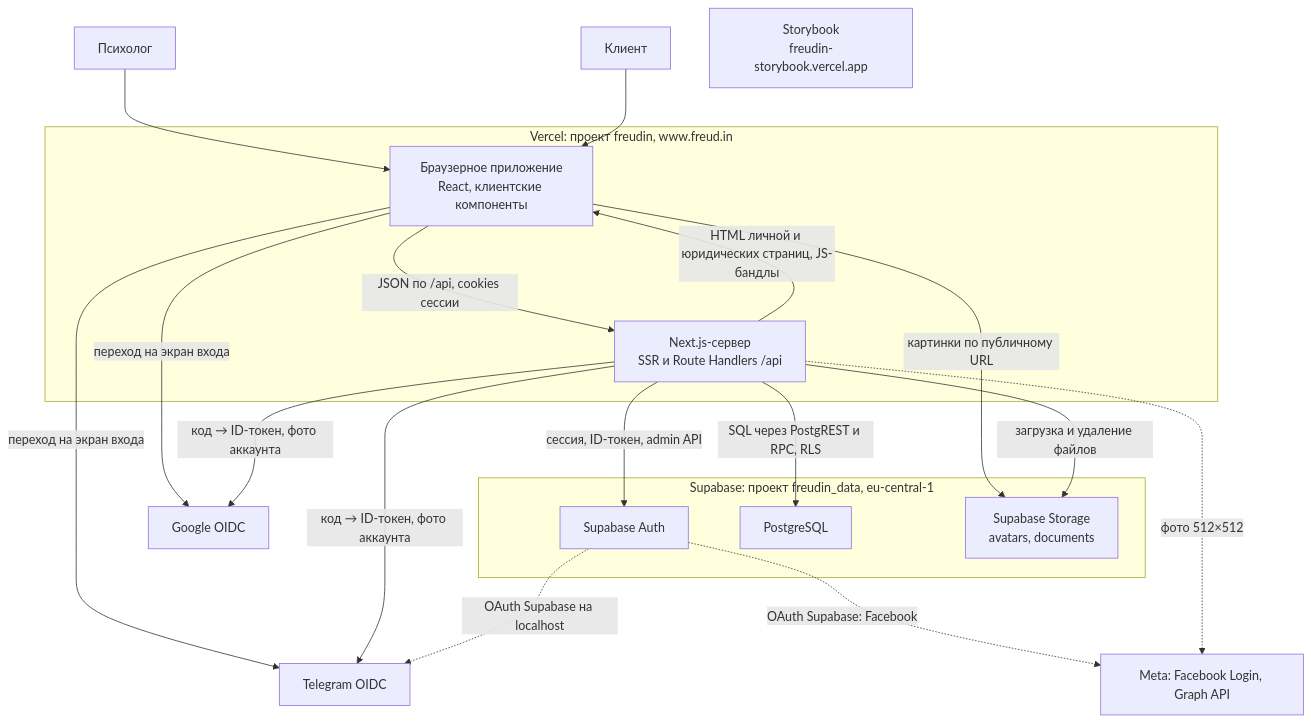
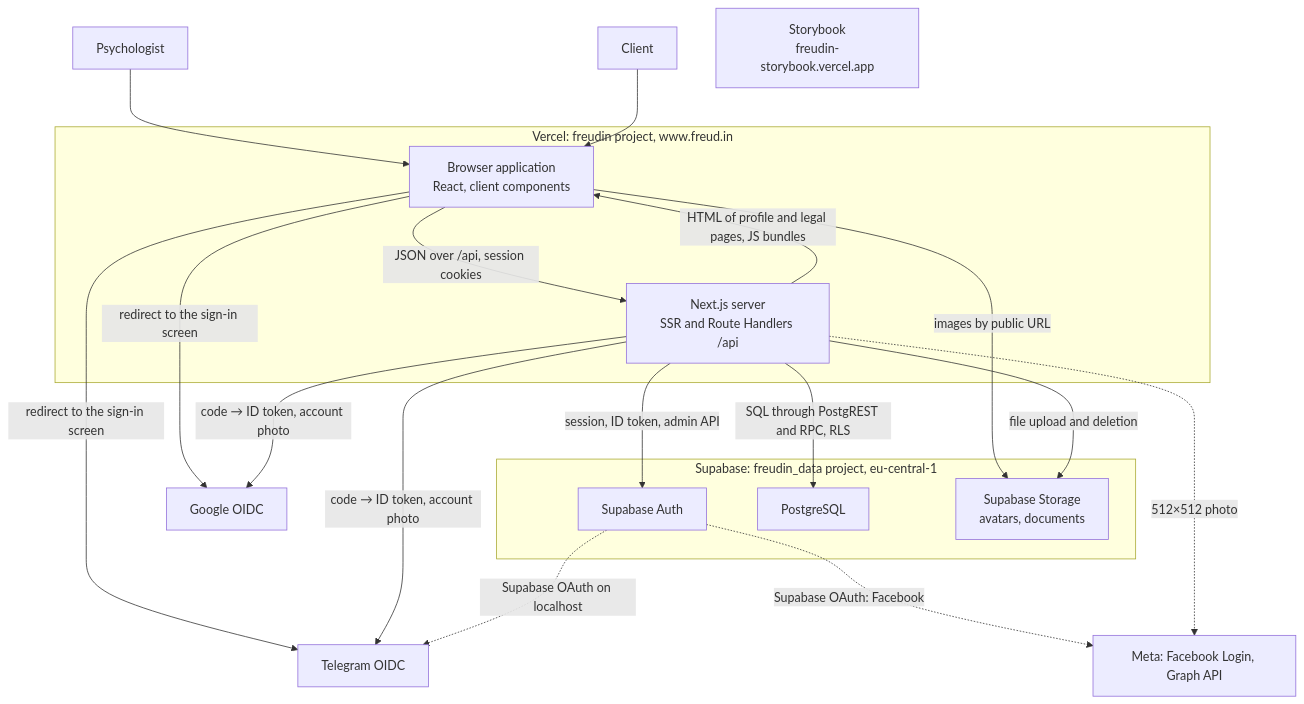
Before and after one commit to verkhoturov/freudin-website: the first of 2 diagrams in docs/architecture/2.containers.md, drawn with Mermaid. The commit also changed other lines of this file and 74 other files, not shown here.

````diff
--- a/docs/architecture/2.containers.md
+++ b/docs/architecture/2.containers.md
@@ -10,37 +10,37 @@
 ```mermaid
 graph TB
-    Psy["Психолог"]
-    Client["Клиент"]
+    Psy["Psychologist"]
+    Client["Client"]
 
-    subgraph Vercel["Vercel: проект freudin, www.freud.in"]
-        Browser["Браузерное приложение<br/>React, клиентские компоненты"]
-        Next["Next.js-сервер<br/>SSR и Route Handlers /api"]
+    subgraph Vercel["Vercel: freudin project, www.freud.in"]
+        Browser["Browser application<br/>React, client components"]
+        Next["Next.js server<br/>SSR and Route Handlers /api"]
     end
 
-    subgraph Supabase["Supabase: проект freudin_data, eu-central-1"]
+    subgraph Supabase["Supabase: freudin_data project, eu-central-1"]
         Auth["Supabase Auth"]
         DB["PostgreSQL"]
         Storage["Supabase Storage<br/>avatars, documents"]
     end
 
     Kit["Storybook<br/>freudin-storybook.vercel.app"]
     Google["Google OIDC"]
     Telegram["Telegram OIDC"]
     Meta["Meta: Facebook Login, Graph API"]
 
     Psy --> Browser
     Client --> Browser
-    Next -->|"HTML личной и юридических страниц, JS-бандлы"| Browser
-    Browser -->|"JSON по /api, cookies сессии"| Next
-    Browser -->|"картинки по публичному URL"| Storage
-    Browser -->|"переход на экран входа"| Google
-    Browser -->|"переход на экран входа"| Telegram
-    Next -->|"сессия, ID-токен, admin API"| Auth
-    Next -->|"SQL через PostgREST и RPC, RLS"| DB
-    Next -->|"загрузка и удаление файлов"| Storage
-    Next -->|"код → ID-токен, фото аккаунта"| Google
-    Next -->|"код → ID-токен, фото аккаунта"| Telegram
-    Auth -.->|"OAuth Supabase: Facebook"| Meta
-    Auth -.->|"OAuth Supabase на localhost"| Telegram
-    Next -.->|"фото 512×512"| Meta
+    Next -->|"HTML of profile and legal pages, JS bundles"| Browser
+    Browser -->|"JSON over /api, session cookies"| Next
+    Browser -->|"images by public URL"| Storage
+    Browser -->|"redirect to the sign-in screen"| Google
+    Browser -->|"redirect to the sign-in screen"| Telegram
+    Next -->|"session, ID token, admin API"| Auth
+    Next -->|"SQL through PostgREST and RPC, RLS"| DB
+    Next -->|"file upload and deletion"| Storage
+    Next -->|"code → ID token, account photo"| Google
+    Next -->|"code → ID token, account photo"| Telegram
+    Auth -.->|"Supabase OAuth: Facebook"| Meta
+    Auth -.->|"Supabase OAuth on localhost"| Telegram
+    Next -.->|"512×512 photo"| Meta
 ```
````
